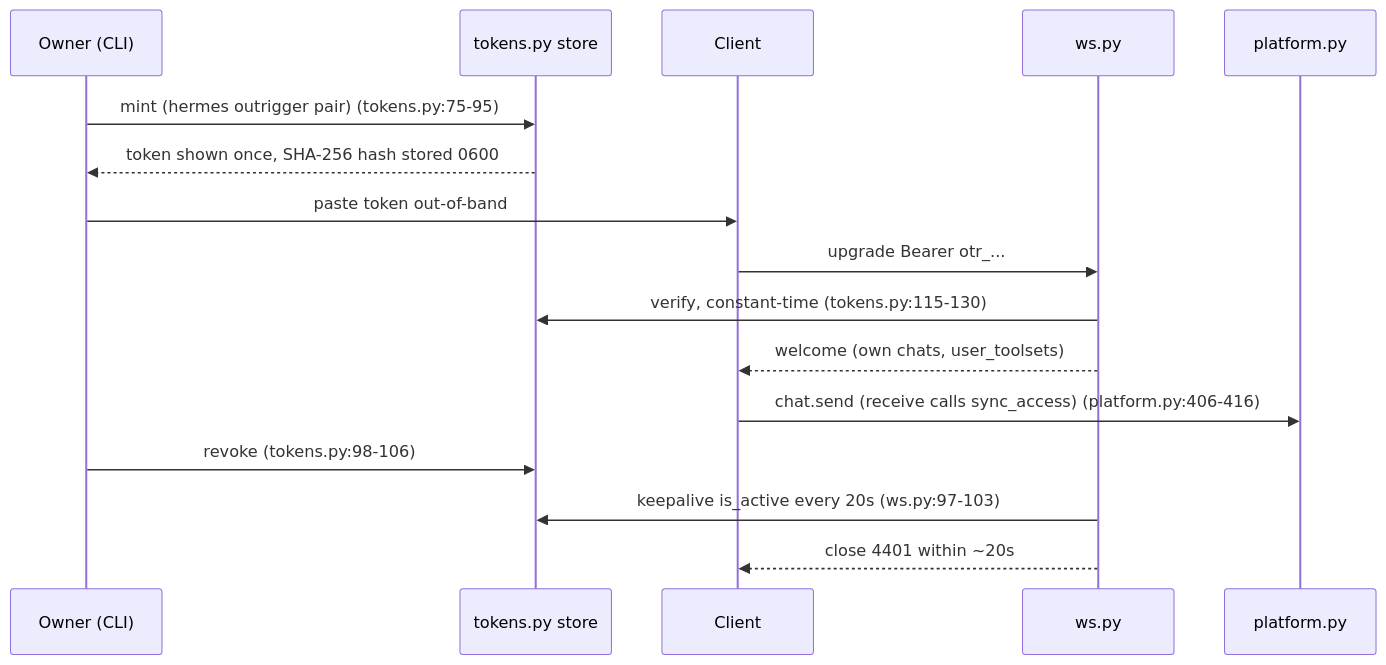
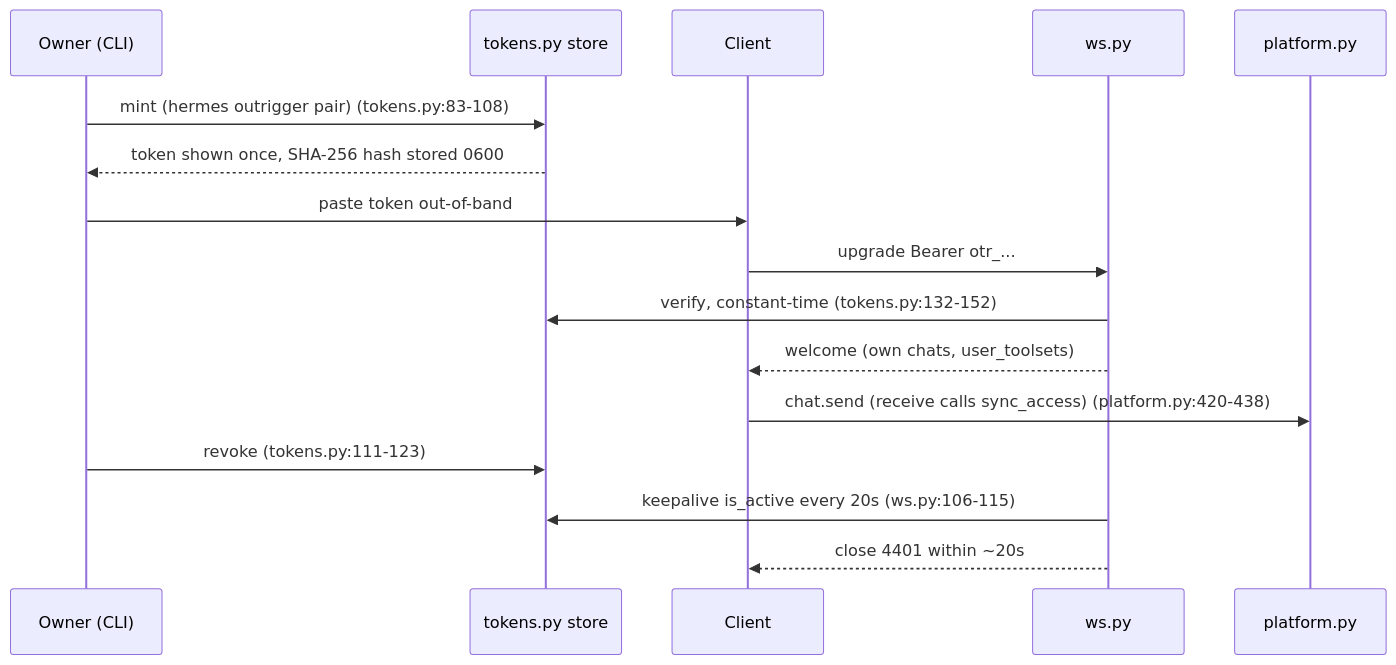
The third of 6 diagrams in AUDIT.md (codepilots/hermes-outrigger), drawn with Mermaid before and after one commit. The commit also changed other lines of this file and 16 other files, not shown here.

````diff
--- a/AUDIT.md
+++ b/AUDIT.md
@@ -144,18 +146,18 @@
 ```mermaid
 sequenceDiagram
   participant O as Owner (CLI)
   participant T as tokens.py store
   participant C as Client
   participant W as ws.py
   participant P as platform.py
-  O->>T: mint (hermes outrigger pair) (tokens.py:75-95)
+  O->>T: mint (hermes outrigger pair) (tokens.py:83-108)
   T-->>O: token shown once, SHA-256 hash stored 0600
   O->>C: paste token out-of-band
   C->>W: upgrade Bearer otr_...
-  W->>T: verify, constant-time (tokens.py:115-130)
+  W->>T: verify, constant-time (tokens.py:132-152)
   W-->>C: welcome (own chats, user_toolsets)
-  C->>P: chat.send (receive calls sync_access) (platform.py:406-416)
-  O->>T: revoke (tokens.py:98-106)
-  W->>T: keepalive is_active every 20s (ws.py:97-103)
+  C->>P: chat.send (receive calls sync_access) (platform.py:420-438)
+  O->>T: revoke (tokens.py:111-123)
+  W->>T: keepalive is_active every 20s (ws.py:106-115)
   W-->>C: close 4401 within ~20s
 ```
````
